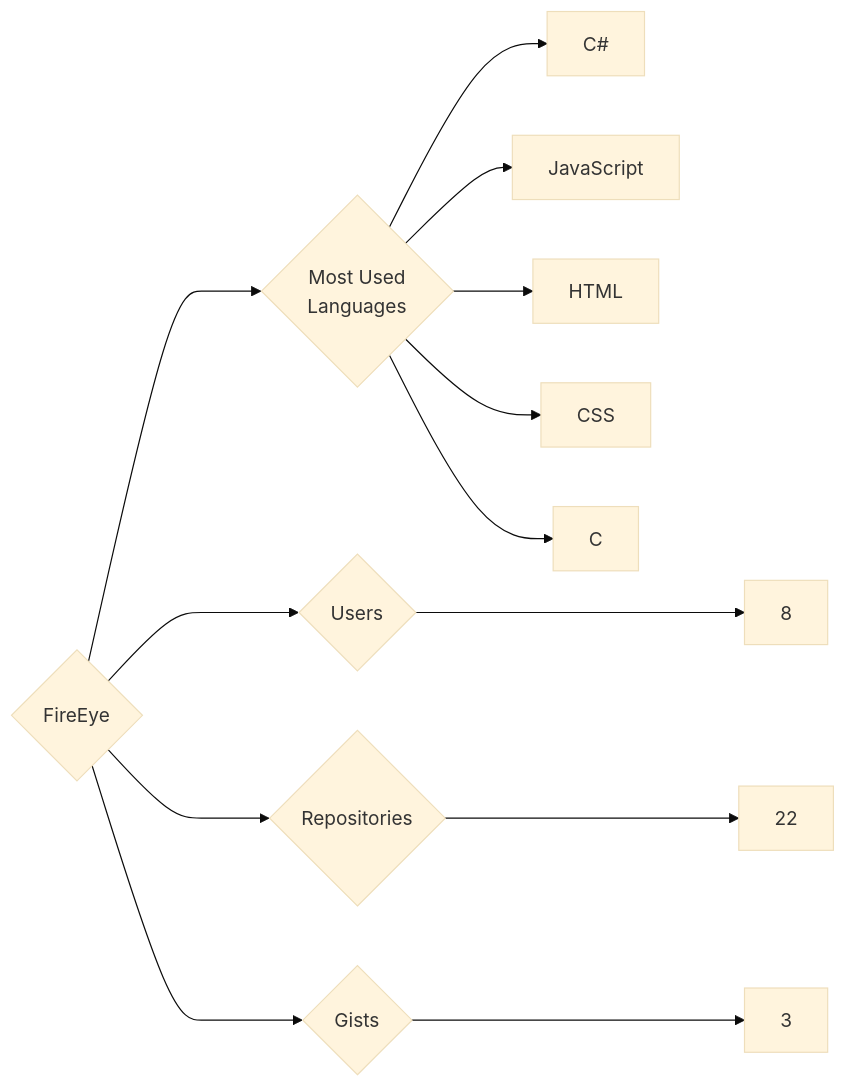
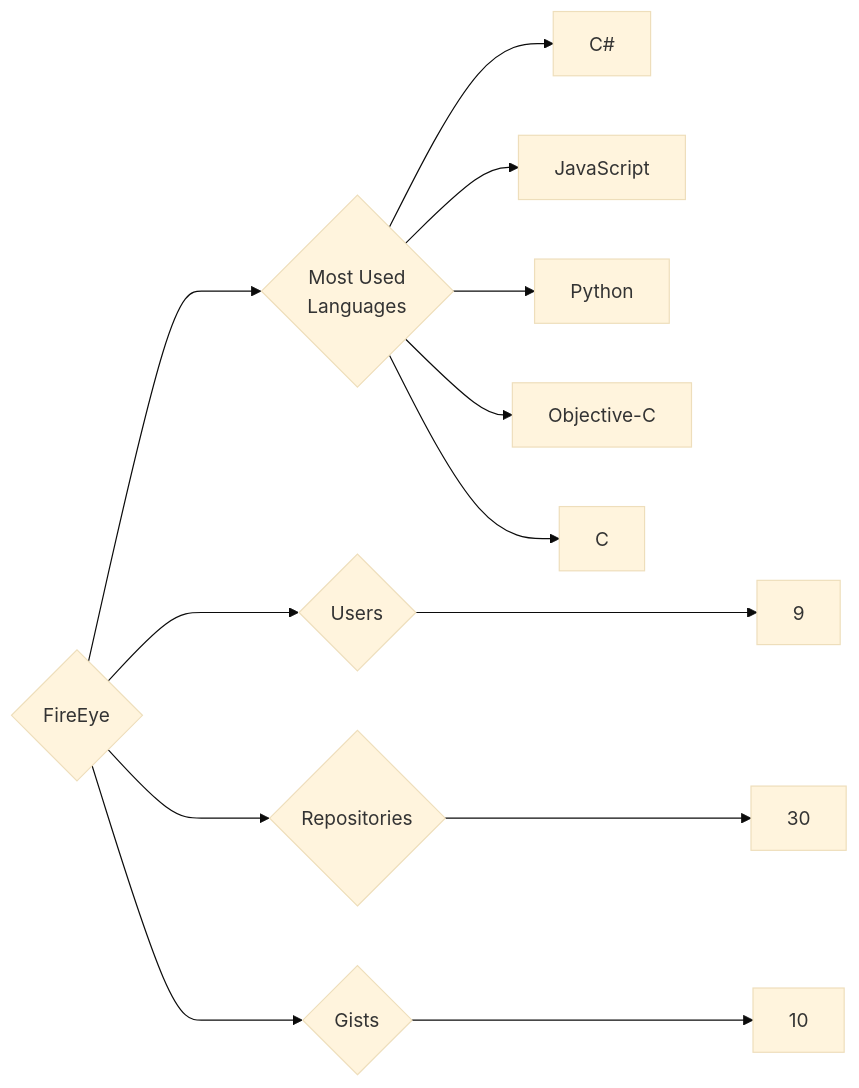
One commit to trickest/insiders changed the diagram in targets/FireEye/README.md. Above: the diagram before and after it, drawn with Mermaid (base theme). The commit also changed 870 other files, not shown here.

````diff
--- a/targets/FireEye/README.md
+++ b/targets/FireEye/README.md
@@ -3,13 +3,13 @@
 ```mermaid
 graph LR
 COMPANY_NAME{FireEye}
-COMPANY_NAME ---> U{Users} ---> UN[8]
-COMPANY_NAME ---> R{Repositories} ---> RN[22]
-COMPANY_NAME ---> G{Gists} ---> GN[3]
+COMPANY_NAME ---> U{Users} ---> UN[9]
+COMPANY_NAME ---> R{Repositories} ---> RN[30]
+COMPANY_NAME ---> G{Gists} ---> GN[10]
 COMPANY_NAME ---> ML{Most Used<br>Languages}
 ML --> C#[C#]
 ML --> JavaScript[JavaScript]
-ML --> HTML[HTML]
-ML --> CSS[CSS]
+ML --> Python[Python]
+ML --> Objective-C[Objective-C]
 ML --> C[C]
 ```
````
